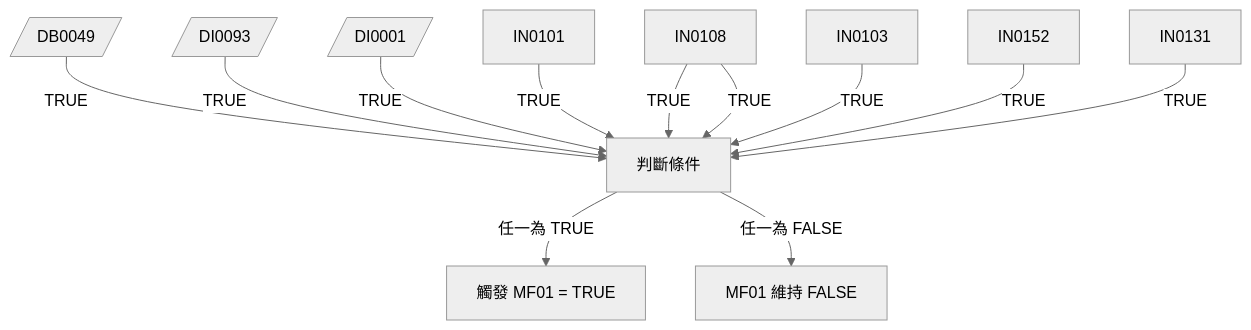
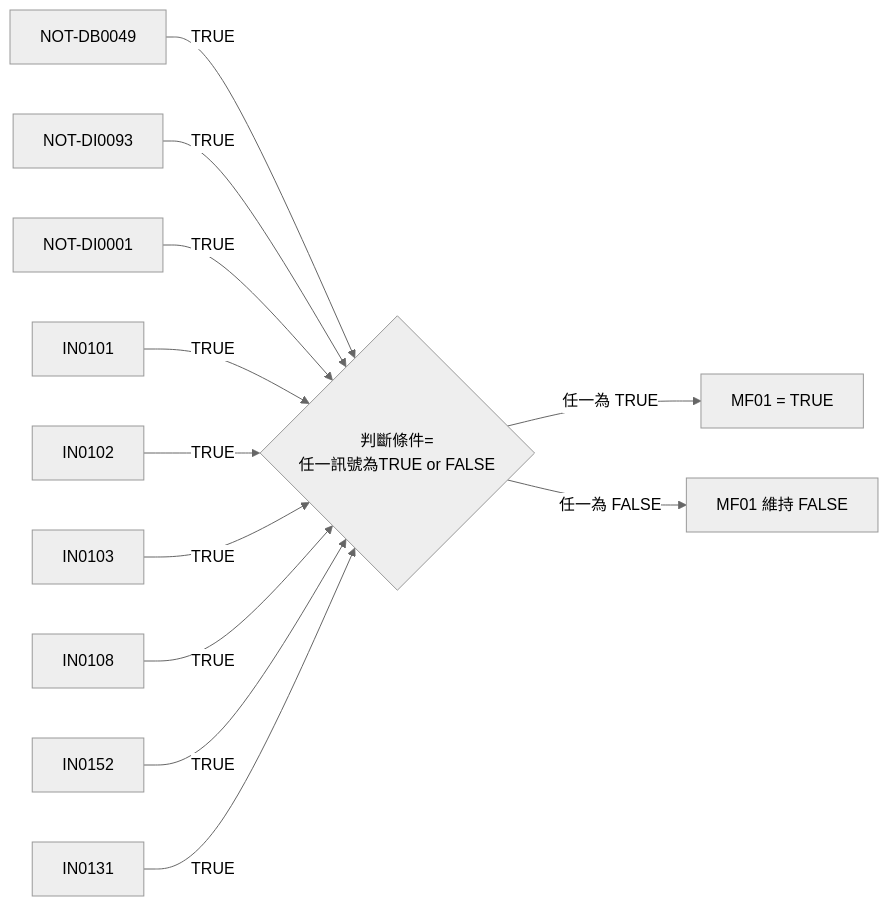
The diagram in TEST/mermaid/RCMT-TAKAO-SEQ001.md (HachiTsai/Hello-World), drawn with Mermaid (neutral theme) before and after one commit. The commit also changed other lines of this file, not shown here.

Commit message:
RCMT-TAKAO-SEQ001.md

````diff
--- a/TEST/mermaid/RCMT-TAKAO-SEQ001.md
+++ b/TEST/mermaid/RCMT-TAKAO-SEQ001.md
@@ -3,14 +3,14 @@
 ```mermaid
-flowchart TD
-    A[/DB0049/] -->|TRUE| C[判斷條件]
-    B[/DI0093/] -->|TRUE| C
-    D[/DI0001/] -->|TRUE| C
+flowchart LR
+    A[NOT-DB0049] -->|TRUE| C{判斷條件=<br>任一訊號為TRUE or FALSE}
+    B[NOT-DI0093] -->|TRUE| C
+    D[NOT-DI0001] -->|TRUE| C
     G[IN0101] -->|TRUE| C
     H[IN0102] -->|TRUE| C
     I[IN0103] -->|TRUE| C
-    H[IN0108] -->|TRUE| C
+    L[IN0108] -->|TRUE| C
     J[IN0152] -->|TRUE| C
     K[IN0131] -->|TRUE| C
-    C -->|任一為 TRUE| E[觸發 MF01 = TRUE]
+    C -->|任一為 TRUE| E[MF01 = TRUE]
     C -->|任一為 FALSE| F[MF01 維持 FALSE]
 ```
````
